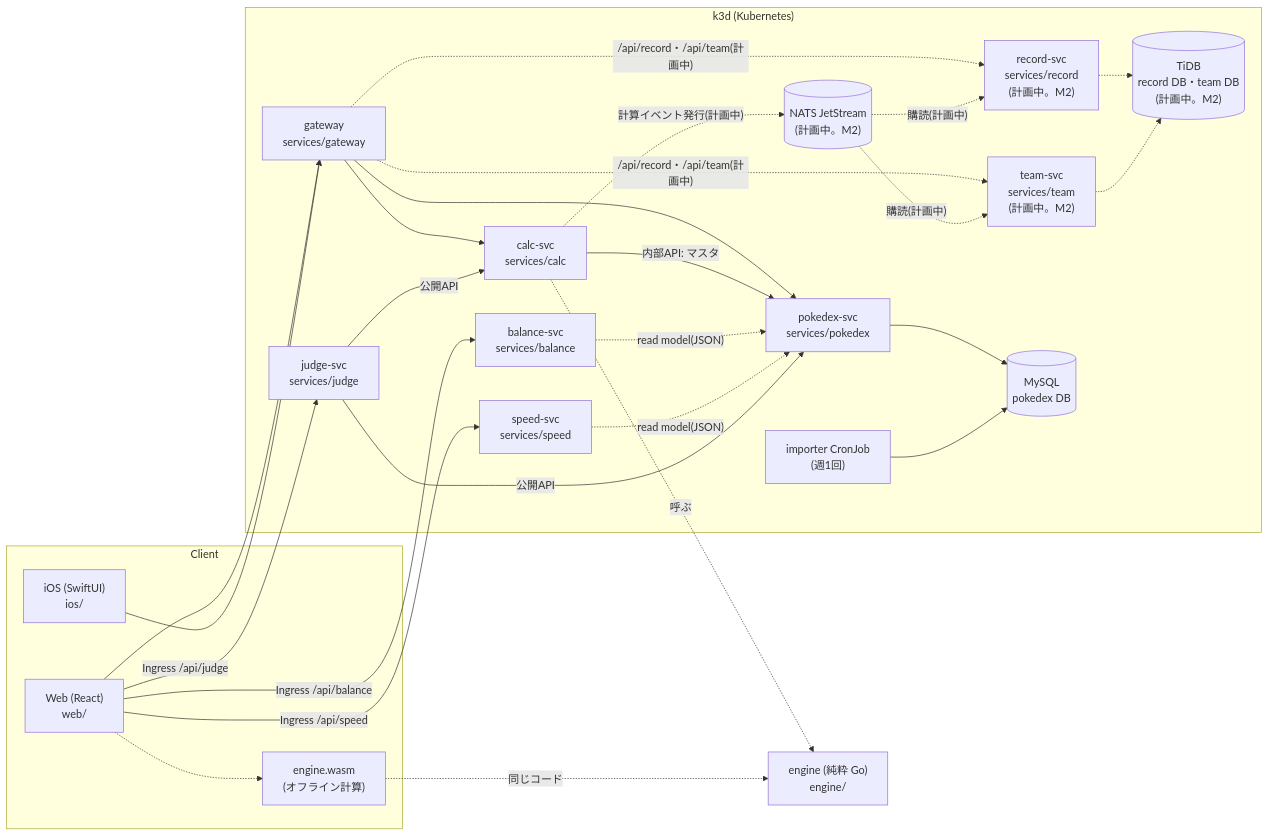
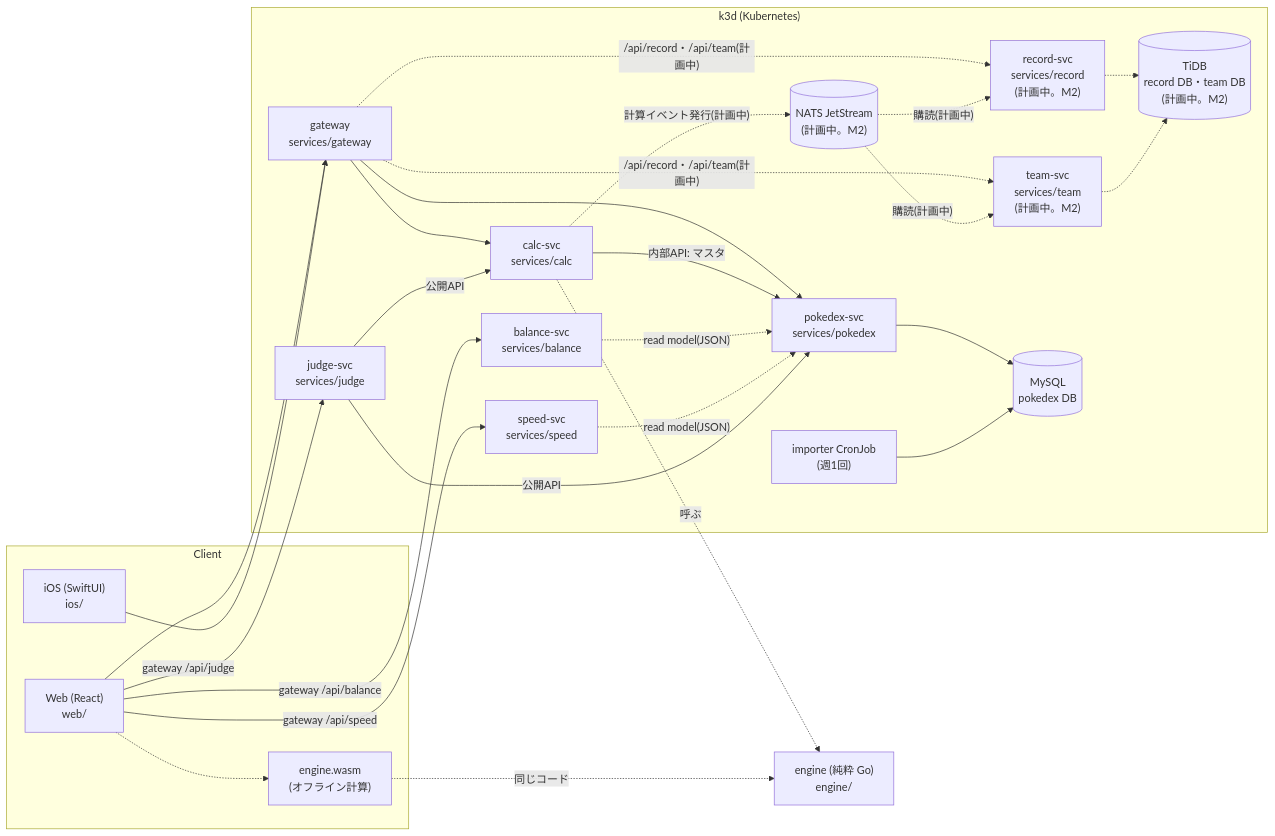
Before and after one commit to yxicun89/MyDamageCalcurater: the first of 2 diagrams in docs/architecture.md, drawn with Mermaid. The commit also changed other lines of this file and 28 other files, not shown here.

First line of the commit message:
feat(deploy): speed・judge の直結 Ingress を撤去し gateway 経由に一本化(issue #284 の speed・judge 分。ADR-0416)

````diff
--- a/docs/architecture.md
+++ b/docs/architecture.md
@@ -6,44 +6,44 @@
 ```mermaid
 flowchart LR
   subgraph Client
     Web["Web (React)<br/>web/"]
     WASM["engine.wasm<br/>(オフライン計算)"]
     iOS["iOS (SwiftUI)<br/>ios/"]
   end
   subgraph k3d["k3d (Kubernetes)"]
     GW["gateway<br/>services/gateway"]
     Calc["calc-svc<br/>services/calc"]
     Pokedex["pokedex-svc<br/>services/pokedex"]
     Balance["balance-svc<br/>services/balance"]
     Speed["speed-svc<br/>services/speed"]
     Judge["judge-svc<br/>services/judge"]
     Record["record-svc<br/>services/record<br/>(計画中。M2)"]
     Team["team-svc<br/>services/team<br/>(計画中。M2)"]
     MySQL[("MySQL<br/>pokedex DB")]
     TiDB[("TiDB<br/>record DB・team DB<br/>(計画中。M2)")]
     NATS[("NATS JetStream<br/>(計画中。M2)")]
     Import["importer CronJob<br/>(週1回)"]
   end
   Engine["engine (純粋 Go)<br/>engine/"]
   Web --> GW
   iOS --> GW
   Web -.-> WASM
   GW --> Calc & Pokedex
-  Web -- Ingress /api/balance --> Balance
-  Web -- Ingress /api/speed --> Speed
-  Web -- Ingress /api/judge --> Judge
+  Web -- gateway /api/balance --> Balance
+  Web -- gateway /api/speed --> Speed
+  Web -- gateway /api/judge --> Judge
   Calc -- 内部API: マスタ --> Pokedex
   Pokedex --> MySQL
   Import --> MySQL
   Calc -. 呼ぶ .-> Engine
   WASM -. 同じコード .-> Engine
   Balance -. read model(JSON) .-> Pokedex
   Speed -. read model(JSON) .-> Pokedex
   Judge -- 公開API --> Pokedex
   Judge -- 公開API --> Calc
   GW -. "/api/record・/api/team(計画中)" .-> Record & Team
   Calc -. "計算イベント発行(計画中)" .-> NATS
   NATS -. "購読(計画中)" .-> Record & Team
   Record -.-> TiDB
   Team -.-> TiDB
 ```
````
